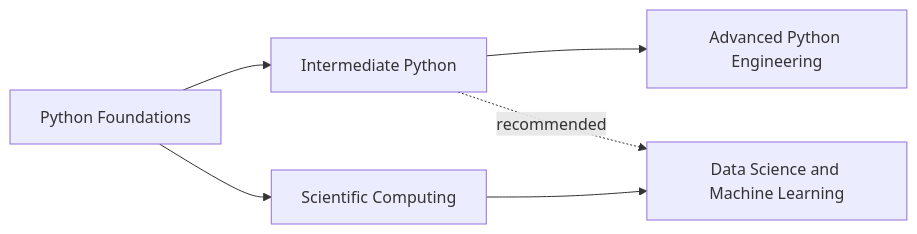
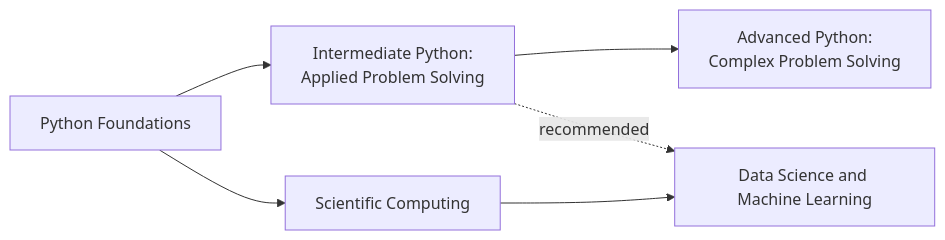
The diagram in docs/courses/index.qmd (freecampus/python), drawn with Mermaid before and after one commit. The commit also changed other lines of this file and 74 other files, not shown here.

````diff
--- a/docs/courses/index.qmd
+++ b/docs/courses/index.qmd
@@ -88,13 +88,13 @@
 ```{mermaid}
 %%| echo: false
 %%| eval: true
 flowchart LR
   F[Python Foundations]
-  I[Intermediate Python]
-  A[Advanced Python Engineering]
+  I[Intermediate Python:<br/>Applied Problem Solving]
+  A[Advanced Python:<br/>Complex Problem Solving]
   S[Scientific Computing]
   M[Data Science and Machine Learning]
   F --> I --> A
   F --> S --> M
   I -. recommended .-> M
 ```
````
